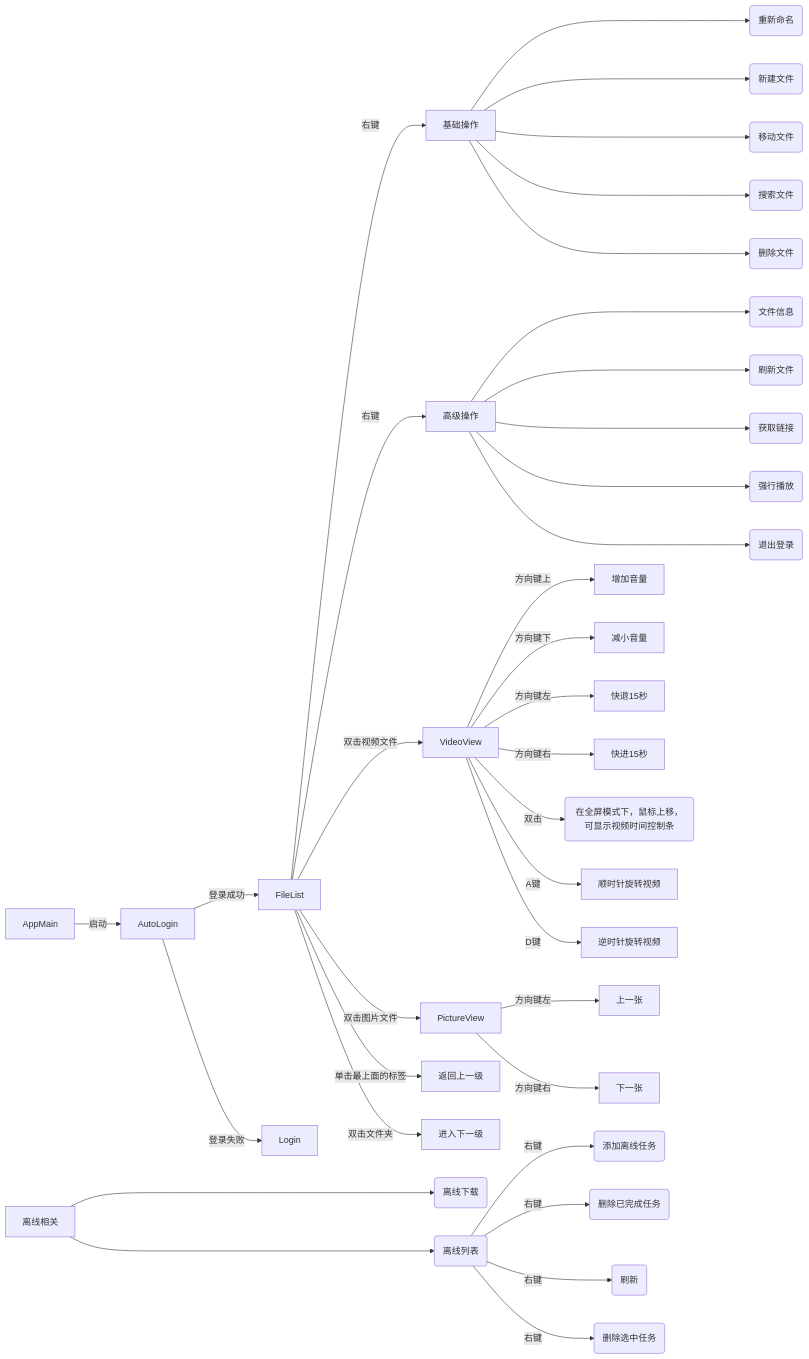
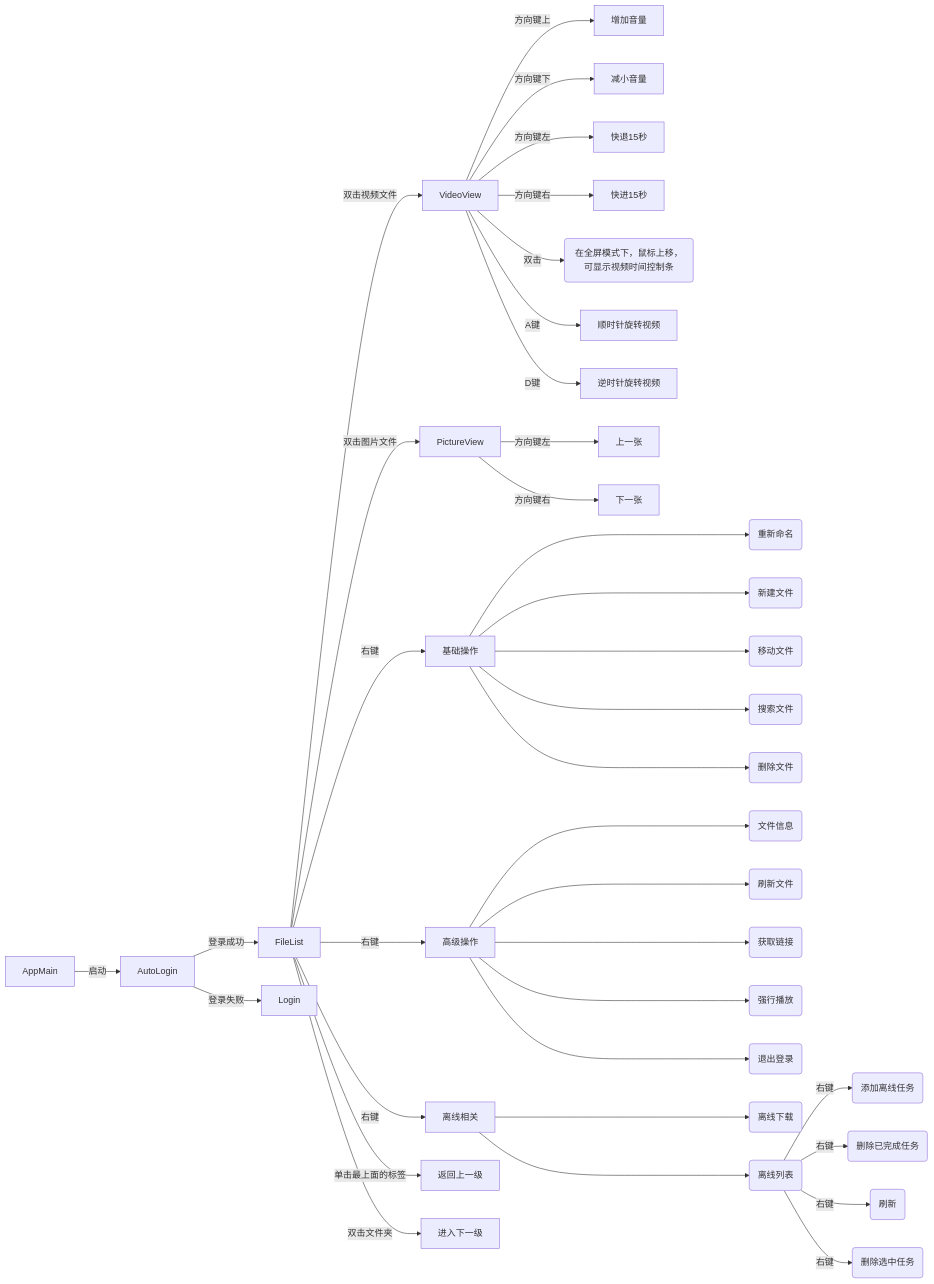
One commit to zerorooot/SixPan changed the diagram in README.md. Above: the diagram before and after it, drawn with Mermaid. The commit also changed 2 other files, not shown here.

Commit message:
使图片的顺序和FileList的顺序相同&&只有在首次打开图片时，图片才居中

````diff
--- a/README.md
+++ b/README.md
@@ -30,36 +30,37 @@
 ```mermaid
 graph LR;
 AppMain--启动-->AutoLogin--登录成功-->FileList
 AutoLogin--登录失败-->Login
 FileList--右键-->基础操作
 基础操作---->editItem(重新命名)
 基础操作---->createFolderItem(新建文件)
 基础操作---->moveFileItem(移动文件)
 基础操作---->searchFileItem(搜索文件)
 基础操作---->deleteItem(删除文件)
 FileList--右键-->高级操作
 高级操作---->fileInfoItem(文件信息)
 高级操作---->flushItem(刷新文件)
 高级操作---->downloadItem(获取链接)
 高级操作---->forcePlay(强行播放)
 高级操作---->exitLogin(退出登录)
+FileList--右键-->离线相关
 离线相关---->addOffLineItem(离线下载)
 离线相关---->offLineViewltem(离线列表)
 offLineViewltem--右键-->offLineAdd(添加离线任务)
 offLineViewltem--右键-->deleteComplete(删除已完成任务)
 offLineViewltem--右键-->flush(刷新)
 offLineViewltem--右键-->deleteCurrent(删除选中任务)
 FileList--双击视频文件-->VideoView
 VideoView--方向键上-->增加音量
 VideoView--方向键下-->减小音量
 VideoView--方向键左-->快退15秒
 VideoView--方向键右-->快进15秒
 VideoView--双击-->全屏模式(在全屏模式下，鼠标上移，可显示视频时间控制条)
 VideoView--A键-->顺时针旋转视频
 VideoView--D键-->逆时针旋转视频
 FileList--双击图片文件-->PictureView
 PictureView--方向键左-->上一张
 PictureView--方向键右-->下一张
 FileList--单击最上面的标签-->返回上一级
 FileList--双击文件夹-->进入下一级
 ```
````
